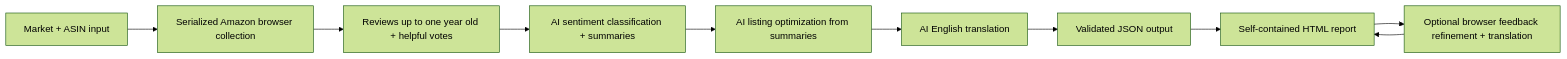
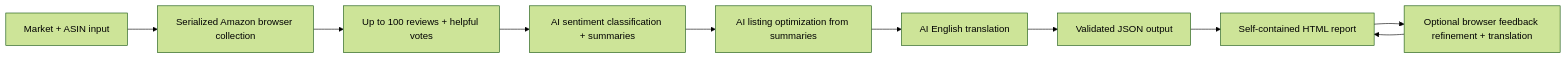
Before and after one commit to christycap/review-genius: the diagram in README.md, drawn with Mermaid (forest theme). The commit also changed other lines of this file and 10 other files, not shown here.

````diff
--- a/README.md
+++ b/README.md
@@ -30,12 +30,12 @@
 ```mermaid
 flowchart LR
     A[Market + ASIN input] --> B[Serialized Amazon browser collection]
-    B --> C[Reviews up to one year old + helpful votes]
+    B --> C[Up to 100 reviews + helpful votes]
     C --> D[AI sentiment classification + summaries]
     D --> E[AI listing optimization from summaries]
     E --> F[AI English translation]
     F --> G[Validated JSON output]
     G --> H[Self-contained HTML report]
     H --> I[Optional browser feedback refinement + translation]
     I --> H
 ```
````
